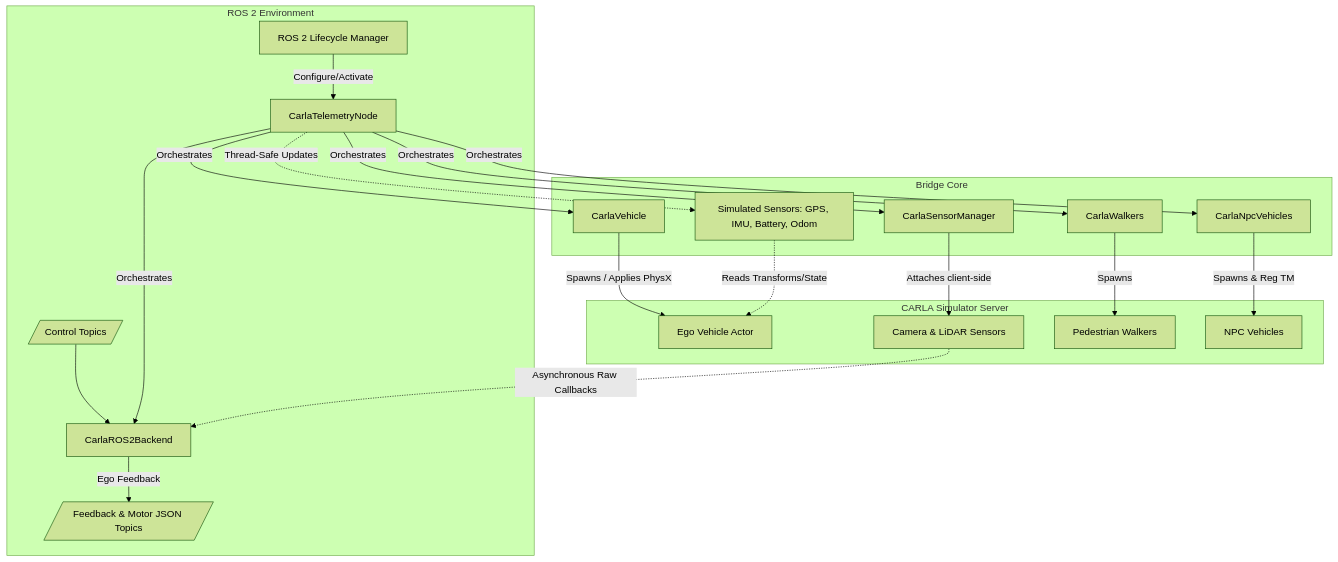
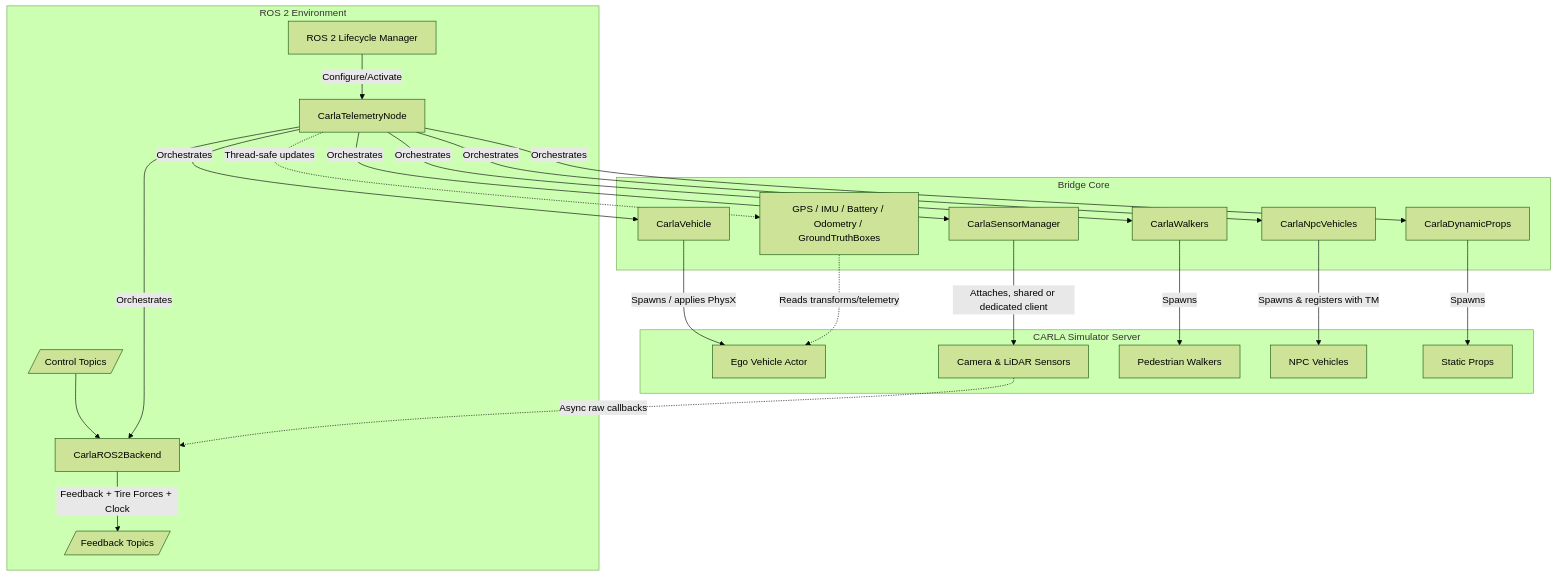
The first of 2 diagrams in docs/CARLA_CUSTOM_BRIDGE.md (ebrahimabdelghfar/Carla_ASU_Bridge), drawn with Mermaid (forest theme) before and after one commit. The commit also changed other lines of this file and 61 other files, not shown here.

````diff
--- a/docs/CARLA_CUSTOM_BRIDGE.md
+++ b/docs/CARLA_CUSTOM_BRIDGE.md
@@ -352,28 +589,30 @@
 ```mermaid
 graph TD
     subgraph ROS2 [ROS 2 Environment]
         CommandTopics[/Control Topics/] --> ROS2Backend[CarlaROS2Backend]
-        ROS2Backend -->|Ego Feedback| FeedbackTopics[/Feedback & Motor JSON Topics/]
+        ROS2Backend -->|Feedback + Tire Forces + Clock| FeedbackTopics[/Feedback Topics/]
         Lifecycle[ROS 2 Lifecycle Manager] -->|Configure/Activate| Node[CarlaTelemetryNode]
     end
 
     subgraph Bridge [Bridge Core]
         Node -->|Orchestrates| ROS2Backend
         Node -->|Orchestrates| CarlaVehicle
         Node -->|Orchestrates| SensorMgr[CarlaSensorManager]
         Node -->|Orchestrates| Walkers[CarlaWalkers]
         Node -->|Orchestrates| NPC[CarlaNpcVehicles]
-        
-        Node -.->|Thread-Safe Updates| Sensors[Simulated Sensors: GPS, IMU, Battery, Odom]
+        Node -->|Orchestrates| Props[CarlaDynamicProps]
+
+        Node -.->|Thread-safe updates| Sensors[GPS / IMU / Battery / Odometry / GroundTruthBoxes]
     end
 
     subgraph CARLA [CARLA Simulator Server]
-        CarlaVehicle -->|Spawns / Applies PhysX| EgoActor[Ego Vehicle Actor]
-        SensorMgr -->|Attaches client-side| SensorActors[Camera & LiDAR Sensors]
+        CarlaVehicle -->|Spawns / applies PhysX| EgoActor[Ego Vehicle Actor]
+        SensorMgr -->|Attaches, shared or dedicated client| SensorActors[Camera & LiDAR Sensors]
         Walkers -->|Spawns| WalkerActors[Pedestrian Walkers]
-        NPC -->|Spawns & Reg TM| NPCActors[NPC Vehicles]
-        
-        SensorActors -.->|Asynchronous Raw Callbacks| ROS2Backend
-        Sensors -.->|Reads Transforms/State| EgoActor
+        NPC -->|Spawns & registers with TM| NPCActors[NPC Vehicles]
+        Props -->|Spawns| PropActors[Static Props]
+
+        SensorActors -.->|Async raw callbacks| ROS2Backend
+        Sensors -.->|Reads transforms/telemetry| EgoActor
     end
 ```
````
